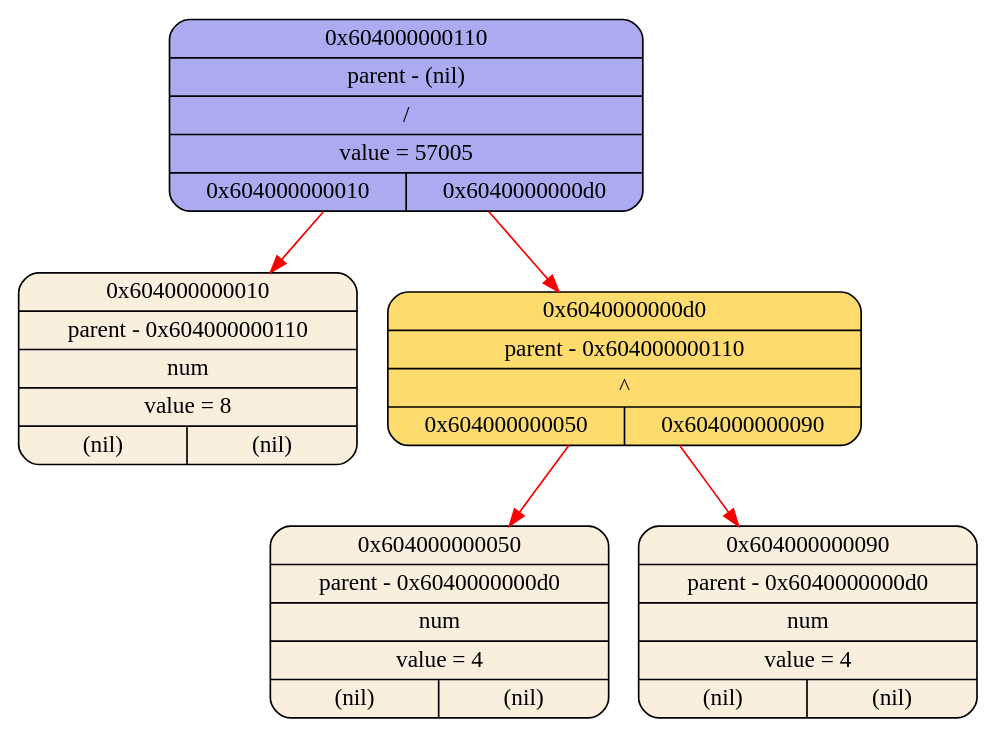
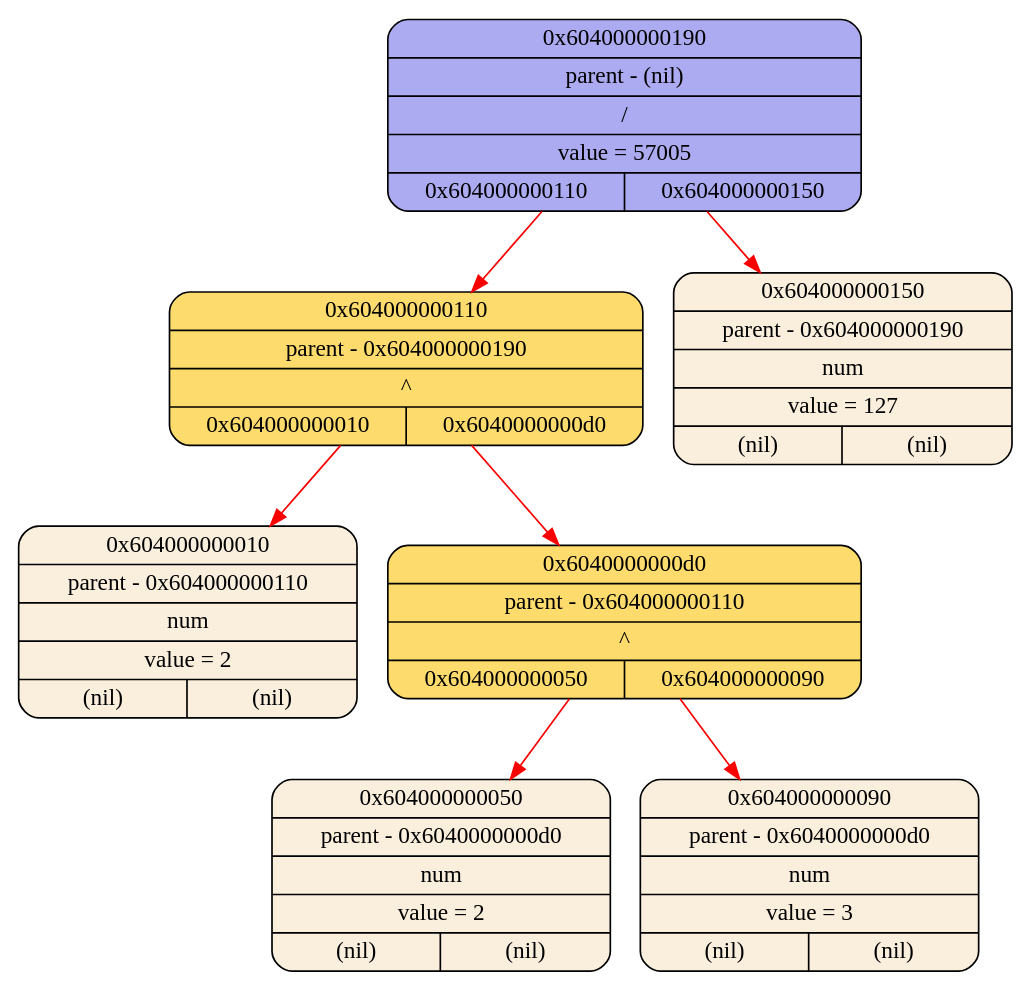
The diagram in logs/log_graphviz.dot (2APetrin/differentiator), drawn with Graphviz before and after one commit. The commit also changed 16 other files, not shown here.

```diff
--- a/logs/log_graphviz.dot
+++ b/logs/log_graphviz.dot
@@ -1,12 +1,16 @@
 digraph
 {
-    node_0x604000000010[shape = Mrecord, label = "{{0x604000000010} | {parent - 0x604000000110} | {num} | {value = 8} | {(nil)|(nil)}}", style = "filled", fillcolor = "#FAEEDD"];
-    node_0x604000000050[shape = Mrecord, label = "{{0x604000000050} | {parent - 0x6040000000d0} | {num} | {value = 4} | {(nil)|(nil)}}", style = "filled", fillcolor = "#FAEEDD"];
-    node_0x604000000090[shape = Mrecord, label = "{{0x604000000090} | {parent - 0x6040000000d0} | {num} | {value = 4} | {(nil)|(nil)}}", style = "filled", fillcolor = "#FAEEDD"];
+    node_0x604000000010[shape = Mrecord, label = "{{0x604000000010} | {parent - 0x604000000110} | {num} | {value = 2} | {(nil)|(nil)}}", style = "filled", fillcolor = "#FAEEDD"];
+    node_0x604000000050[shape = Mrecord, label = "{{0x604000000050} | {parent - 0x6040000000d0} | {num} | {value = 2} | {(nil)|(nil)}}", style = "filled", fillcolor = "#FAEEDD"];
+    node_0x604000000090[shape = Mrecord, label = "{{0x604000000090} | {parent - 0x6040000000d0} | {num} | {value = 3} | {(nil)|(nil)}}", style = "filled", fillcolor = "#FAEEDD"];
     node_0x6040000000d0[shape = Mrecord, label = "{{0x6040000000d0} | {parent - 0x604000000110} | {^} | {0x604000000050|0x604000000090}}", style = "filled", fillcolor = "#FDDB6D"];
-    node_0x604000000110[shape = Mrecord, label = "{{0x604000000110} | {parent - (nil)} | {/} | {value = 57005} | {0x604000000010|0x6040000000d0}}", style = "filled", fillcolor = "#ACABF2"];
+    node_0x604000000110[shape = Mrecord, label = "{{0x604000000110} | {parent - 0x604000000190} | {^} | {0x604000000010|0x6040000000d0}}", style = "filled", fillcolor = "#FDDB6D"];
+    node_0x604000000150[shape = Mrecord, label = "{{0x604000000150} | {parent - 0x604000000190} | {num} | {value = 127} | {(nil)|(nil)}}", style = "filled", fillcolor = "#FAEEDD"];
+    node_0x604000000190[shape = Mrecord, label = "{{0x604000000190} | {parent - (nil)} | {/} | {value = 57005} | {0x604000000110|0x604000000150}}", style = "filled", fillcolor = "#ACABF2"];
+    node_0x604000000190->node_0x604000000110 [color = "#F80000"];
     node_0x604000000110->node_0x604000000010 [color = "#F80000"];
     node_0x604000000110->node_0x6040000000d0 [color = "#F80000"];
     node_0x6040000000d0->node_0x604000000050 [color = "#F80000"];
     node_0x6040000000d0->node_0x604000000090 [color = "#F80000"];
+    node_0x604000000190->node_0x604000000150 [color = "#F80000"];
 }
```
